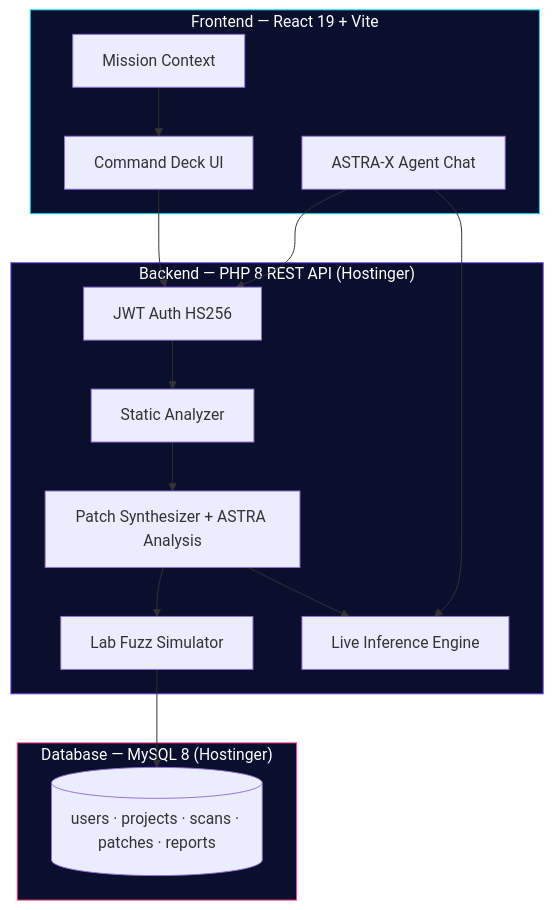
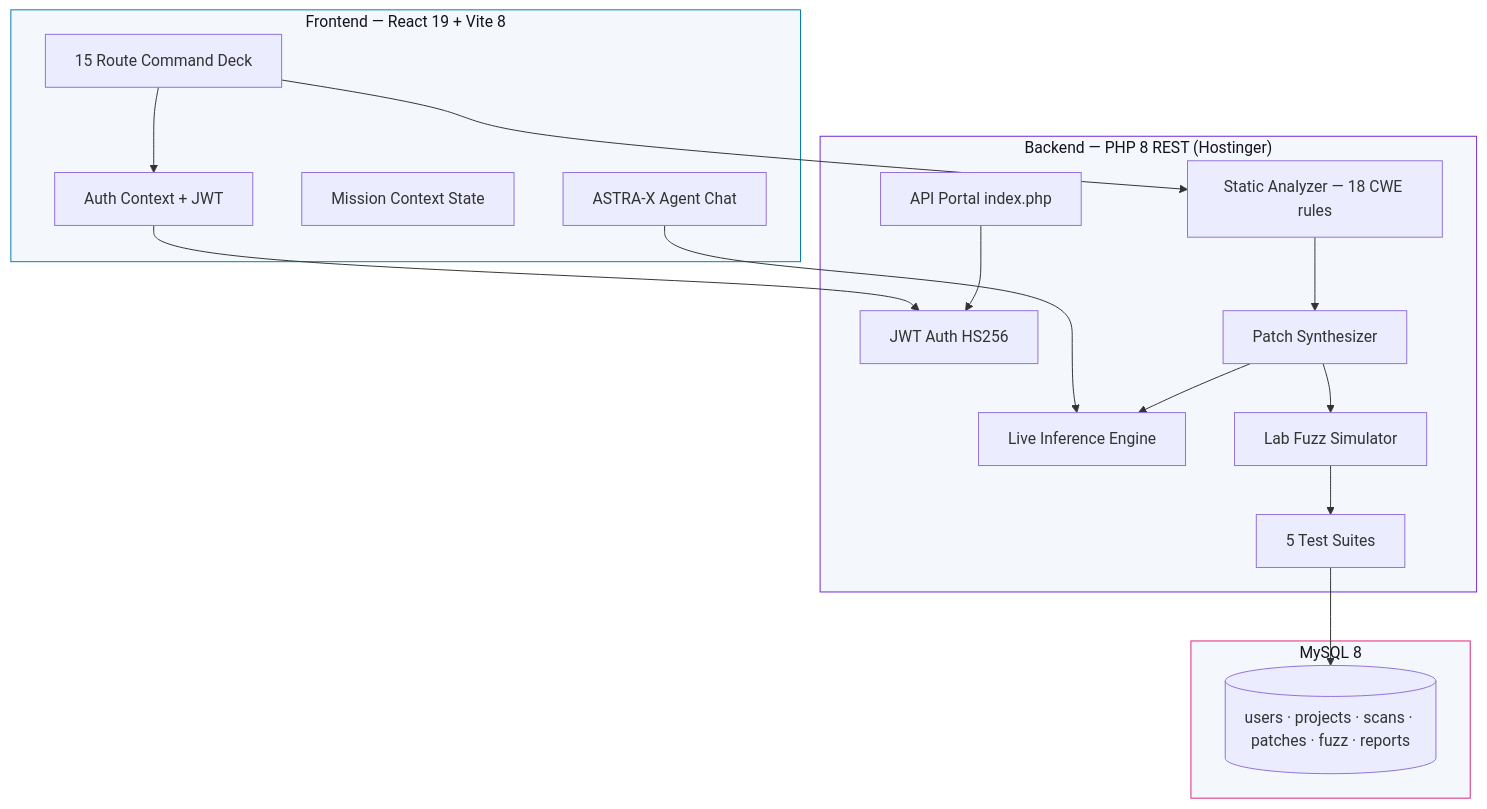
The second of 3 diagrams in README.md (Priyadarshan2000/Astra-X-AI-Kavach-2026), drawn with Mermaid before and after one commit. The commit also changed other lines of this file and 1 other file, not shown here.

First line of the commit message:
Refactor IncidentSimulation component to use createPortal for rendering and enhance log color management

````diff
--- a/README.md
+++ b/README.md
@@ -376,34 +224,38 @@
 ```mermaid
 graph TB
-    subgraph Frontend["Frontend — React 19 + Vite"]
-        UI[Command Deck UI]
-        Agent[ASTRA-X Agent Chat]
-        Ctx[Mission Context]
+    subgraph Client["Frontend — React 19 + Vite 8"]
+        UI[15 Route Command Deck]
+        AgentUI[ASTRA-X Agent Chat]
+        MissionCtx[Mission Context State]
+        AuthCtx[Auth Context + JWT]
     end
 
-    subgraph Backend["Backend — PHP 8 REST API (Hostinger)"]
+    subgraph API["Backend — PHP 8 REST (Hostinger)"]
+        Portal[API Portal index.php]
         Auth[JWT Auth HS256]
-        Analyzer[Static Analyzer]
-        PatchEngine[Patch Synthesizer + ASTRA Analysis]
-        AI[Live Inference Engine]
+        Analyzer[Static Analyzer — 18 CWE rules]
+        PatchEngine[Patch Synthesizer]
+        AIEngine[Live Inference Engine]
         FuzzSim[Lab Fuzz Simulator]
+        Regression[5 Test Suites]
     end
 
-    subgraph Data["Database — MySQL 8 (Hostinger)"]
-        DB[(users · projects · scans · patches · reports)]
+    subgraph Data["MySQL 8"]
+        DB[(users · projects · scans · patches · fuzz · reports)]
     end
 
-    UI --> Auth
-    Agent --> AI
-    Agent --> Auth
-    Ctx --> UI
-    Auth --> Analyzer
+    UI --> AuthCtx
+    AuthCtx --> Auth
+    AgentUI --> AIEngine
+    UI --> Analyzer
     Analyzer --> PatchEngine
-    PatchEngine --> AI
+    PatchEngine --> AIEngine
     PatchEngine --> FuzzSim
-    FuzzSim --> DB
+    FuzzSim --> Regression
+    Regression --> DB
+    Portal --> Auth
 
-    style Frontend fill:#0a0f2e,stroke:#00E5FF,color:#fff
-    style Backend fill:#0a0f2e,stroke:#7C4DFF,color:#fff
-    style Data fill:#0a0f2e,stroke:#FF4081,color:#fff
+    style Client fill:#f4f7fb,stroke:#007ea8,color:#16131c
+    style API fill:#f4f7fb,stroke:#6d28d9,color:#16131c
+    style Data fill:#f4f7fb,stroke:#db2777,color:#16131c
 ```
````
